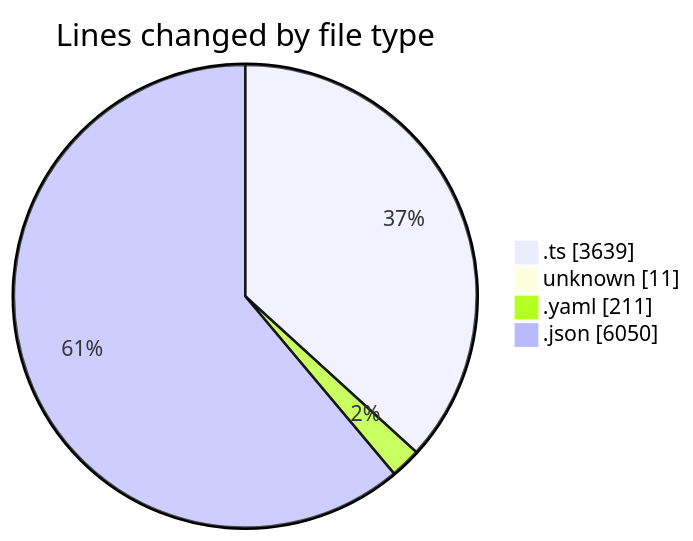
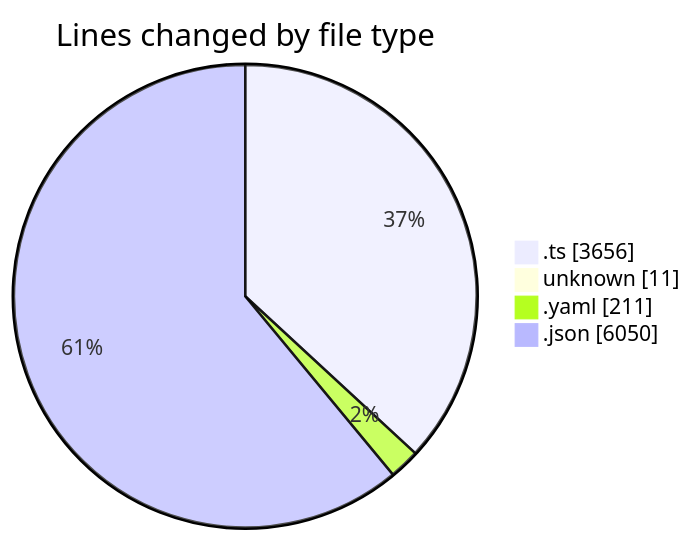
One commit to mevix1/code-tracking changed the first of 2 diagrams in 2025-10-01/oura-api/README.md. Above: the diagram before and after it, drawn with Mermaid. The commit also changed other lines of this file and 1 other file, not shown here.

````diff
--- a/2025-10-01/oura-api/README.md
+++ b/2025-10-01/oura-api/README.md
@@ -50,8 +51,8 @@
 ```mermaid
 pie showData
 title Lines changed by file type
-".ts" : 3639
+".ts" : 3656
 "unknown" : 11
 ".yaml" : 211
 ".json" : 6050
 ```
````
